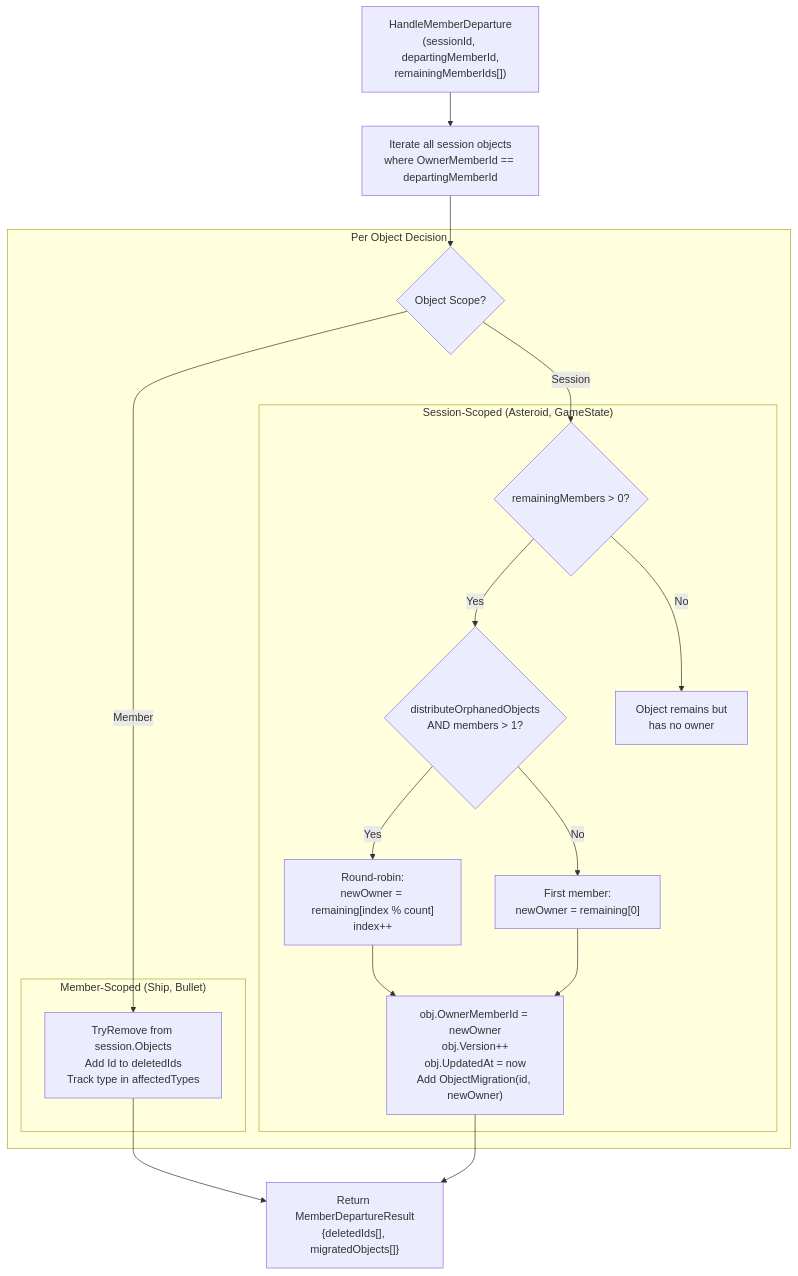
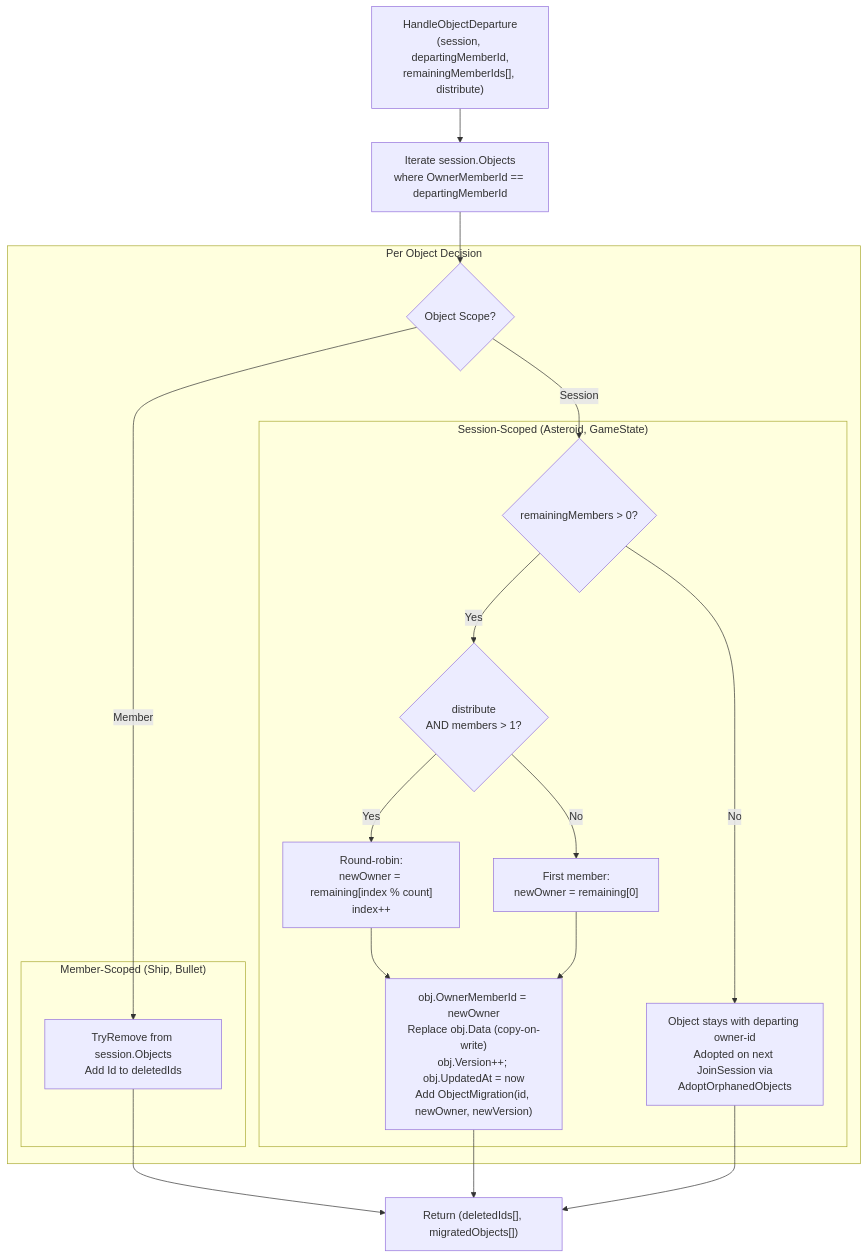
One commit to badvoidstar/asteroids changed the eighth of 33 diagrams in ARCHITECTURE.md. Above: the diagram before and after it, drawn with Mermaid. The commit also changed other lines of this file, not shown here.

First line of the commit message:
docs: update ARCHITECTURE.md to current code state

````diff
--- a/ARCHITECTURE.md
+++ b/ARCHITECTURE.md
@@ -219,34 +275,35 @@
 ```mermaid
 flowchart TB
-    HD["HandleMemberDeparture<br/>(sessionId, departingMemberId,<br/>remainingMemberIds[])"]
-    ITER["Iterate all session objects<br/>where OwnerMemberId == departingMemberId"]
+    HD["HandleObjectDeparture<br/>(session, departingMemberId,<br/>remainingMemberIds[], distribute)"]
+    ITER["Iterate session.Objects<br/>where OwnerMemberId == departingMemberId"]
 
     subgraph "Per Object Decision"
         CHK{"Object Scope?"}
 
         subgraph "Member-Scoped (Ship, Bullet)"
-            DEL["TryRemove from session.Objects<br/>Add Id to deletedIds<br/>Track type in affectedTypes"]
+            DEL["TryRemove from session.Objects<br/>Add Id to deletedIds"]
         end
 
         subgraph "Session-Scoped (Asteroid, GameState)"
             REM{"remainingMembers > 0?"}
-            DIST{"distributeOrphanedObjects<br/>AND members > 1?"}
+            DIST{"distribute<br/>AND members > 1?"}
             RR["Round-robin:<br/>newOwner = remaining[index % count]<br/>index++"]
             FIRST["First member:<br/>newOwner = remaining[0]"]
-            ASSIGN["obj.OwnerMemberId = newOwner<br/>obj.Version++<br/>obj.UpdatedAt = now<br/>Add ObjectMigration(id, newOwner)"]
-            ORPHAN["Object remains but<br/>has no owner"]
+            ASSIGN["obj.OwnerMemberId = newOwner<br/>Replace obj.Data (copy-on-write)<br/>obj.Version++; obj.UpdatedAt = now<br/>Add ObjectMigration(id, newOwner, newVersion)"]
+            ORPHAN["Object stays with departing owner-id<br/>Adopted on next JoinSession via<br/>AdoptOrphanedObjects"]
         end
     end
 
-    RES["Return MemberDepartureResult<br/>{deletedIds[], migratedObjects[]}"]
+    RES["Return (deletedIds[], migratedObjects[])"]
 
     HD --> ITER --> CHK
     CHK -->|Member| DEL
     CHK -->|Session| REM
     REM -->|No| ORPHAN
     REM -->|Yes| DIST
     DIST -->|Yes| RR --> ASSIGN
     DIST -->|No| FIRST --> ASSIGN
     DEL --> RES
     ASSIGN --> RES
+    ORPHAN --> RES
 ```
````
